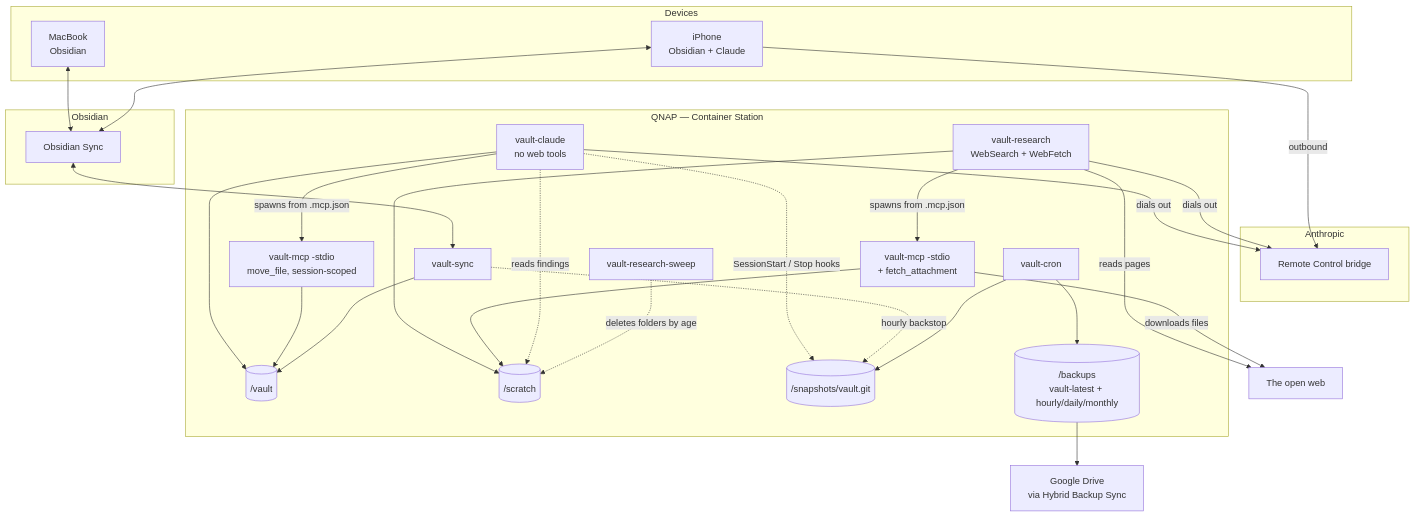
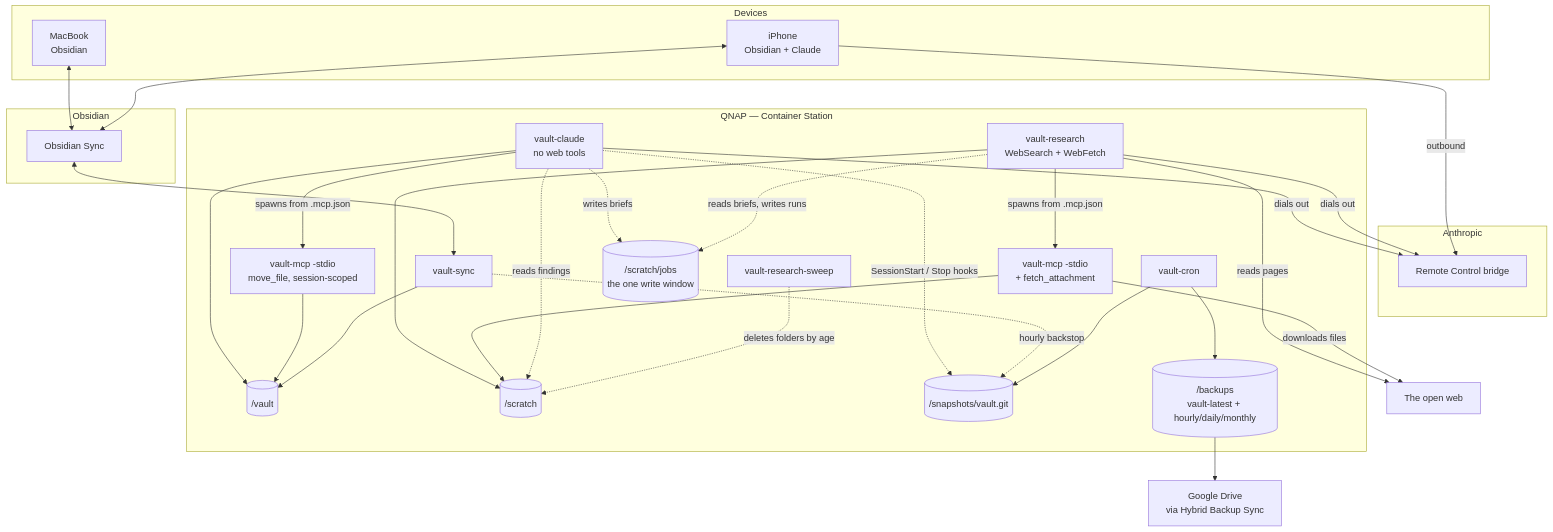
Before and after one commit to ky1ejs/homelab: the first of 4 diagrams in obsidian-vault/ARCHITECTURE.md, drawn with Mermaid. The commit also changed other lines of this file and 13 other files, not shown here.

````diff
--- a/obsidian-vault/ARCHITECTURE.md
+++ b/obsidian-vault/ARCHITECTURE.md
@@ -25,56 +25,59 @@
 ```mermaid
 flowchart TB
     subgraph clients["Devices"]
         mac["MacBook<br/>Obsidian"]
         iphone["iPhone<br/>Obsidian + Claude"]
     end
 
     subgraph anth["Anthropic"]
         bridge["Remote Control bridge"]
     end
 
     subgraph obsc["Obsidian"]
         syncsvc["Obsidian Sync"]
     end
 
     web["The open web"]
 
     subgraph nas["QNAP — Container Station"]
         agent["vault-claude<br/>no web tools"]
         move["vault-mcp -stdio<br/>move_file, session-scoped"]
         research["vault-research<br/>WebSearch + WebFetch"]
         fetch["vault-mcp -stdio<br/>+ fetch_attachment"]
         sweep["vault-research-sweep"]
         sync["vault-sync"]
         cron["vault-cron"]
         vault[("/vault")]
         scratch[("/scratch")]
+        jobs[("/scratch/jobs<br/>the one write window")]
         snap[("/snapshots/vault.git")]
         bundles[("/backups<br/>vault-latest + hourly/daily/monthly")]
     end
 
     gdrive["Google Drive<br/>via Hybrid Backup Sync"]
 
     iphone -->|outbound| bridge
     agent -->|dials out| bridge
     research -->|dials out| bridge
     mac <--> syncsvc
     iphone <--> syncsvc
     syncsvc <--> sync
     agent --> vault
     agent -->|spawns from .mcp.json| move
     move --> vault
     research --> scratch
     research -->|spawns from .mcp.json| fetch
     research -->|reads pages| web
     fetch -->|downloads files| web
     fetch --> scratch
     agent -.->|reads findings| scratch
+    agent -.->|writes briefs| jobs
+    research -.->|reads briefs, writes runs| jobs
     sweep -.->|deletes folders by age| scratch
     sync --> vault
     agent -.->|SessionStart / Stop hooks| snap
     sync -.->|hourly backstop| snap
     cron --> snap
     cron --> bundles
     bundles --> gdrive
 ```
````
